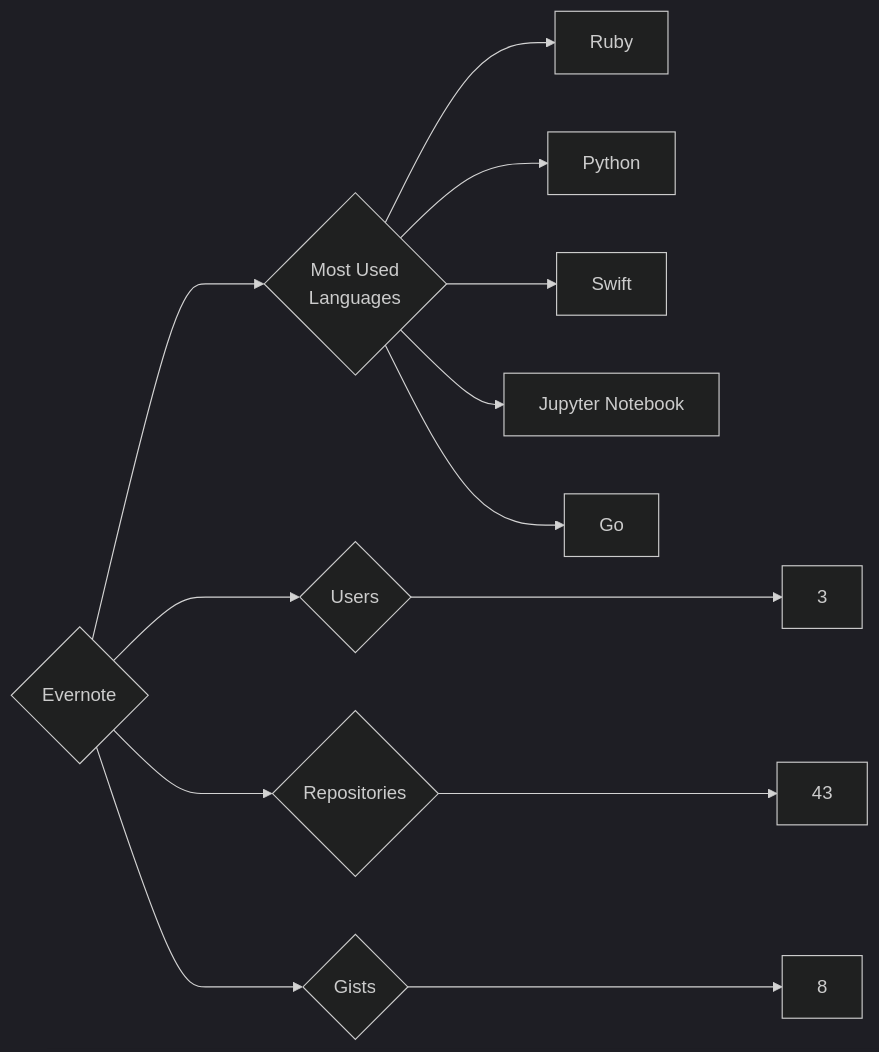
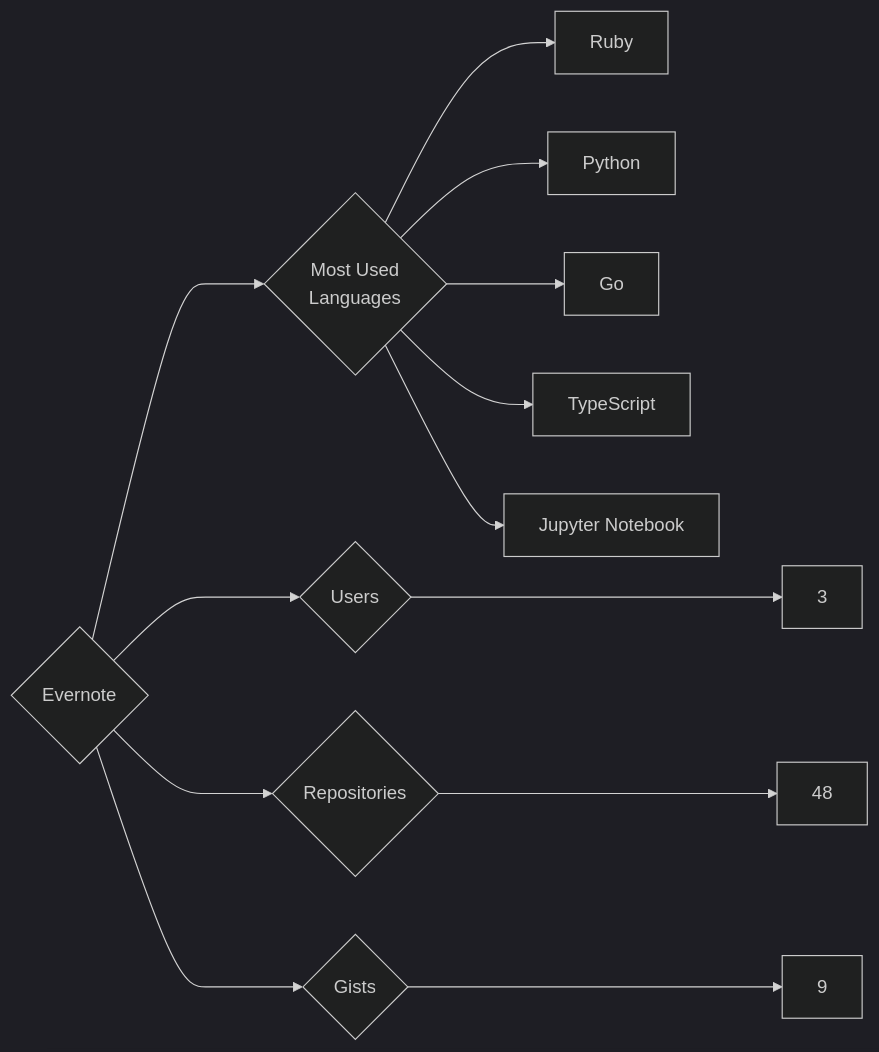
Before and after one commit to trickest/insiders: the diagram in targets/Evernote/README.md, drawn with Mermaid (dark theme). The commit also changed 1023 other files, not shown here.

````diff
--- a/targets/Evernote/README.md
+++ b/targets/Evernote/README.md
@@ -3,13 +3,13 @@
 ```mermaid
 graph LR
 COMPANY_NAME{Evernote}
 COMPANY_NAME ---> U{Users} ---> UN[3]
-COMPANY_NAME ---> R{Repositories} ---> RN[43]
-COMPANY_NAME ---> G{Gists} ---> GN[8]
+COMPANY_NAME ---> R{Repositories} ---> RN[48]
+COMPANY_NAME ---> G{Gists} ---> GN[9]
 COMPANY_NAME ---> ML{Most Used<br>Languages}
 ML --> Ruby[Ruby]
 ML --> Python[Python]
-ML --> Swift[Swift]
+ML --> Go[Go]
+ML --> TypeScript[TypeScript]
 ML --> Jupyter_Notebook[Jupyter Notebook]
-ML --> Go[Go]
 ```
````
